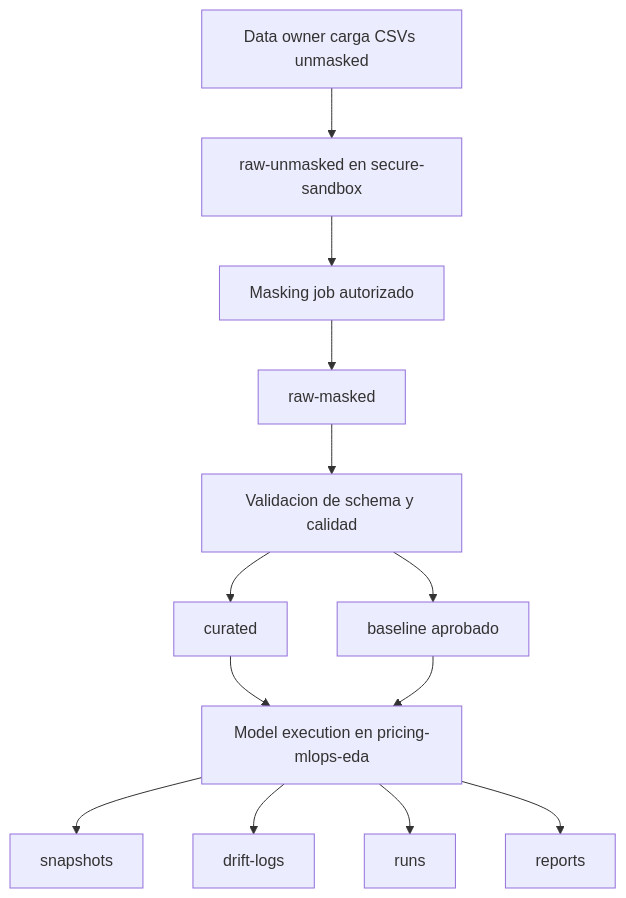
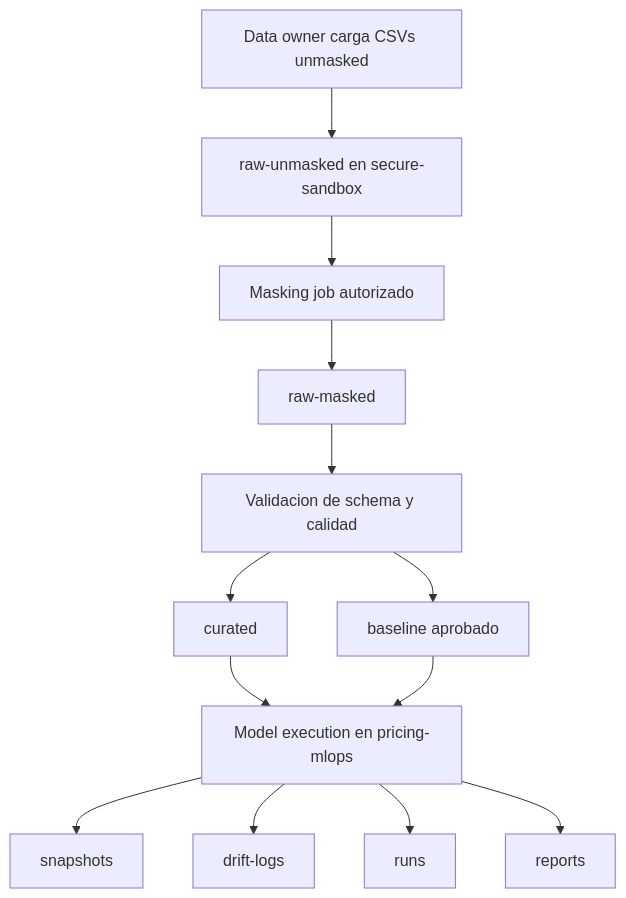
Before and after one commit to tecmx-team46-pricing/pricing-mlops-platform: the diagram in docs/data-governance-plan.md, drawn with Mermaid. The commit also changed other lines of this file and 6 other files, not shown here.

````diff
--- a/docs/data-governance-plan.md
+++ b/docs/data-governance-plan.md
@@ -99,15 +99,15 @@
 ```mermaid
 flowchart TD
   A["Data owner carga CSVs unmasked"] --> B["raw-unmasked en secure-sandbox"]
   B --> C["Masking job autorizado"]
   C --> D["raw-masked"]
   D --> E["Validacion de schema y calidad"]
   E --> F["curated"]
-  F --> G["Model execution en pricing-mlops-eda"]
+  F --> G["Model execution en pricing-mlops"]
   G --> H["snapshots"]
   G --> I["drift-logs"]
   G --> J["runs"]
   G --> K["reports"]
   E --> L["baseline aprobado"]
   L --> G
 ```
````
